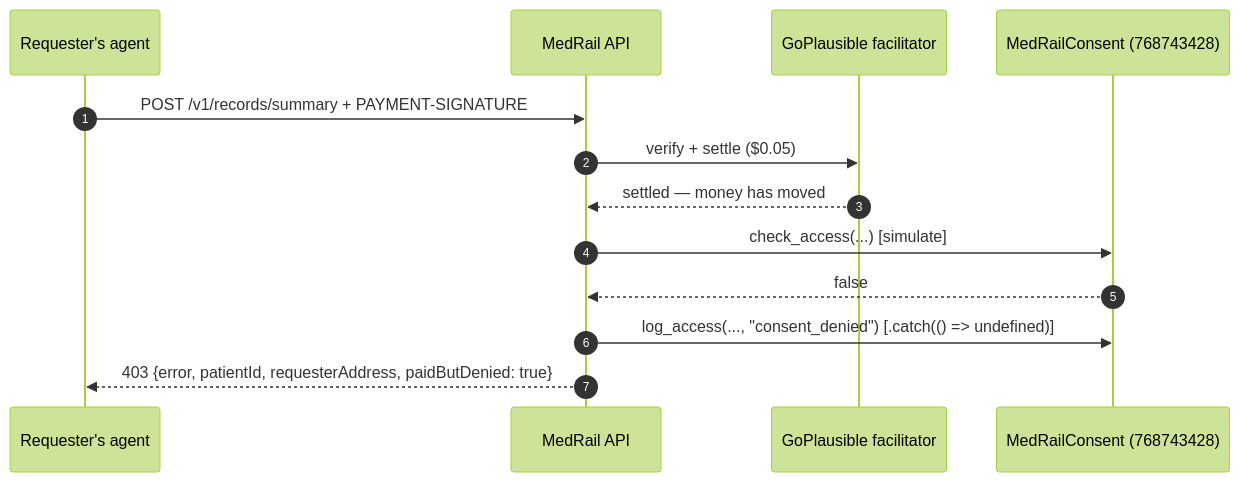
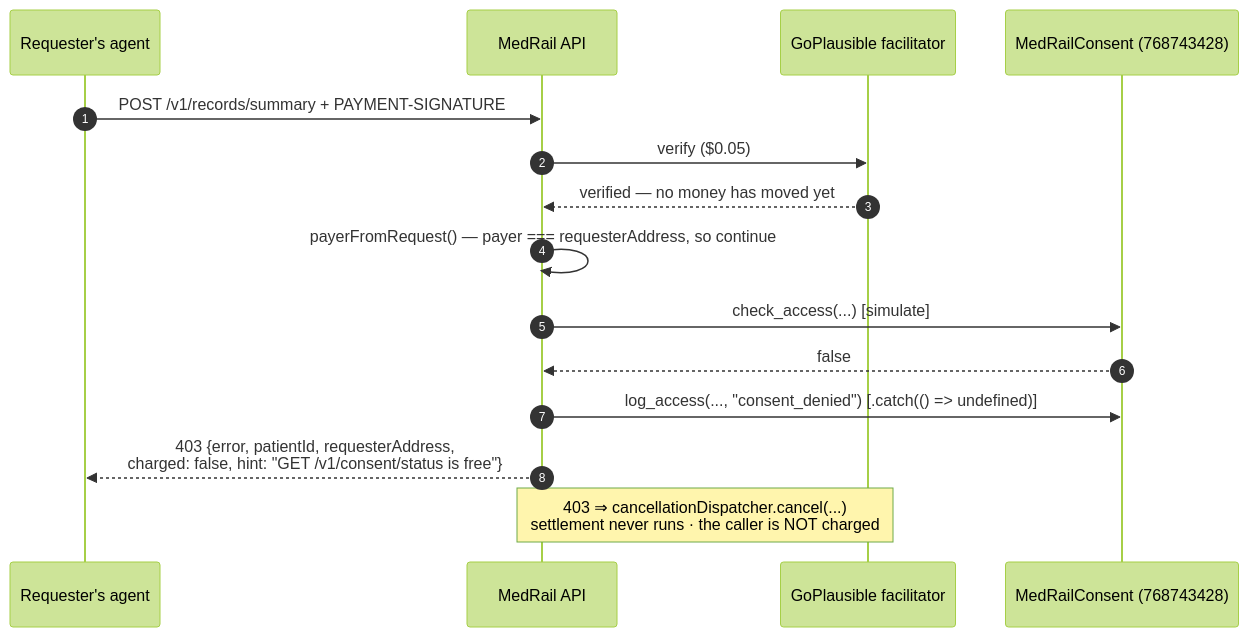
The third of 5 diagrams in docs/01_Product/User_Journey.md (Hydra-Of-Malice/Medrail), drawn with Mermaid (forest theme) before and after one commit. The commit also changed other lines of this file and 77 other files, not shown here.

````diff
--- a/docs/01_Product/User_Journey.md
+++ b/docs/01_Product/User_Journey.md
@@ -229,16 +227,18 @@
 ```mermaid
 sequenceDiagram
     autonumber
     participant Req as Requester's agent
     participant API as MedRail API
     participant Fac as GoPlausible facilitator
     participant App as MedRailConsent (768743428)
 
     Req->>API: POST /v1/records/summary + PAYMENT-SIGNATURE
-    API->>Fac: verify + settle ($0.05)
-    Fac-->>API: settled — money has moved
+    API->>Fac: verify ($0.05)
+    Fac-->>API: verified — no money has moved yet
+    API->>API: payerFromRequest() — payer === requesterAddress, so continue
     API->>App: check_access(...) [simulate]
     App-->>API: false
     API->>App: log_access(..., "consent_denied")  [.catch(() => undefined)]
-    API-->>Req: 403 {error, patientId, requesterAddress, paidButDenied: true}
+    API-->>Req: 403 {error, patientId, requesterAddress,<br/>charged: false, hint: "GET /v1/consent/status is free"}
+    Note over API,Fac: 403 ⇒ cancellationDispatcher.cancel(...)<br/>settlement never runs · the caller is NOT charged
 ```
````
